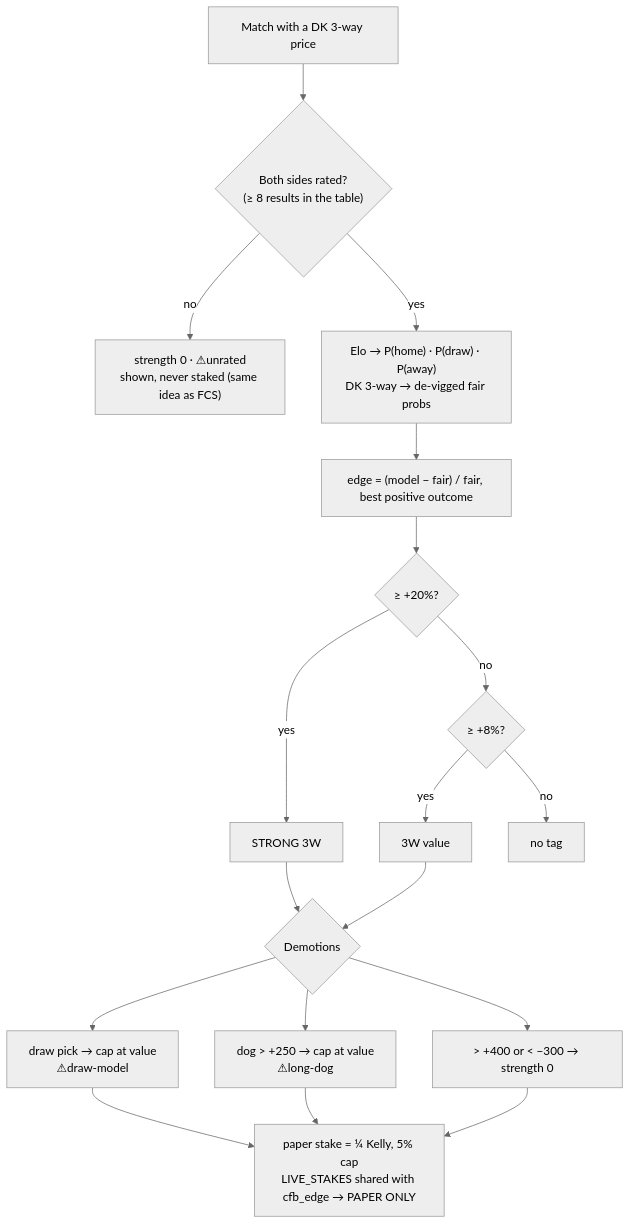
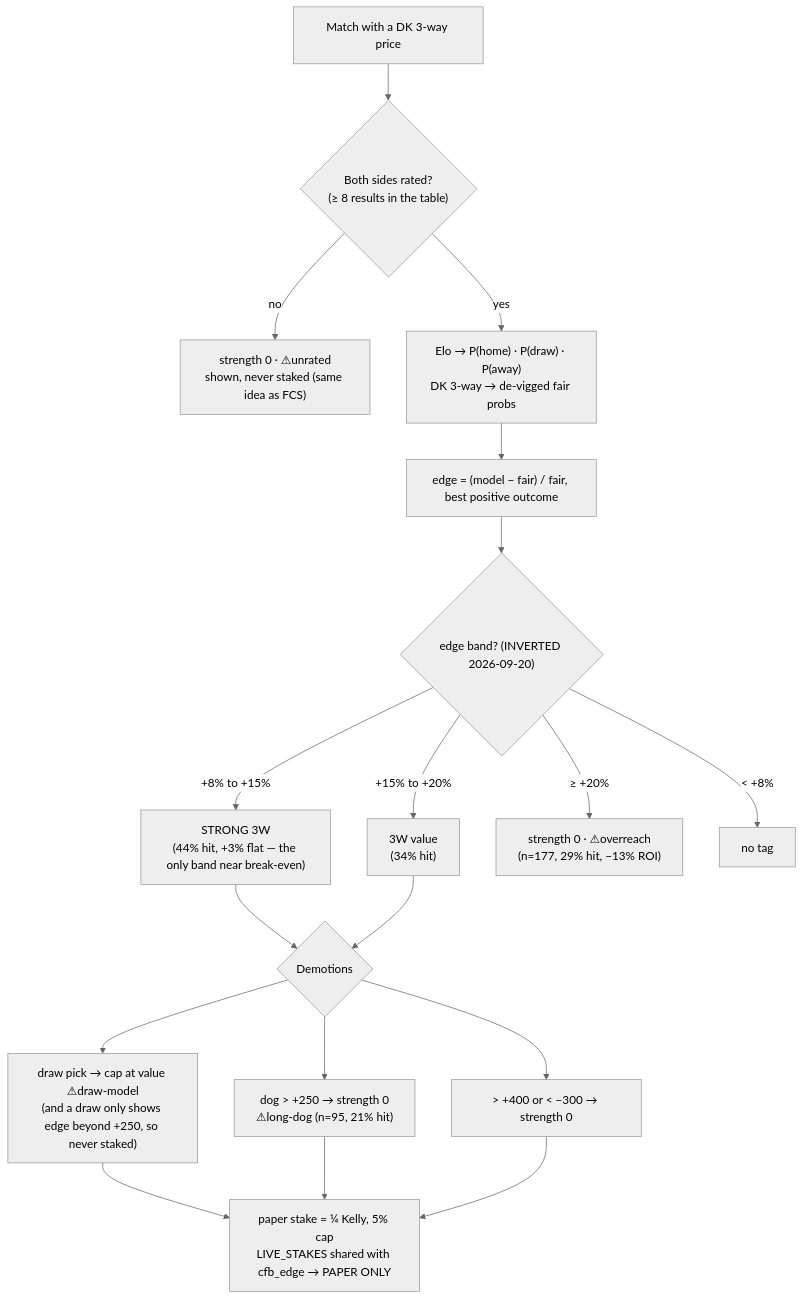
Before and after one commit to wbp318/cfb_pro_soccer_2026: diagram 13 of 26 in README.md, drawn with Mermaid (neutral theme). The commit also changed other lines of this file and 11 other files, not shown here.

````diff
--- a/README.md
+++ b/README.md
@@ -790,17 +807,17 @@
 ```mermaid
 flowchart TD
     A["Match with a DK 3-way price"] --> B{"Both sides rated?\n(≥ 8 results in the table)"}
     B -- no --> Z["strength 0 · ⚠unrated\nshown, never staked (same idea as FCS)"]
     B -- yes --> C["Elo → P(home) · P(draw) · P(away)\nDK 3-way → de-vigged fair probs"]
     C --> D["edge = (model − fair) / fair, best positive outcome"]
-    D --> E{"≥ +20%?"}
-    E -- yes --> F["STRONG 3W"]
-    E -- no --> G{"≥ +8%?"}
-    G -- yes --> H["3W value"]
-    G -- no --> I["no tag"]
+    D --> E{"edge band? (INVERTED 2026-09-20)"}
+    E -- "+8% to +15%" --> F["STRONG 3W\n(44% hit, +3% flat — the only band near break-even)"]
+    E -- "+15% to +20%" --> H["3W value\n(34% hit)"]
+    E -- "≥ +20%" --> I0["strength 0 · ⚠overreach\n(n=177, 29% hit, −13% ROI)"]
+    E -- "< +8%" --> I["no tag"]
     F & H --> J{"Demotions"}
-    J --> J1["draw pick → cap at value\n⚠draw-model"]
-    J --> J2["dog > +250 → cap at value\n⚠long-dog"]
+    J --> J1["draw pick → cap at value ⚠draw-model\n(and a draw only shows edge beyond +250, so never staked)"]
+    J --> J2["dog > +250 → strength 0\n⚠long-dog (n=95, 21% hit)"]
     J --> J3["> +400 or < −300 → strength 0"]
     J1 & J2 & J3 --> K["paper stake = ¼ Kelly, 5% cap\nLIVE_STAKES shared with cfb_edge → PAPER ONLY"]
 ```
````
